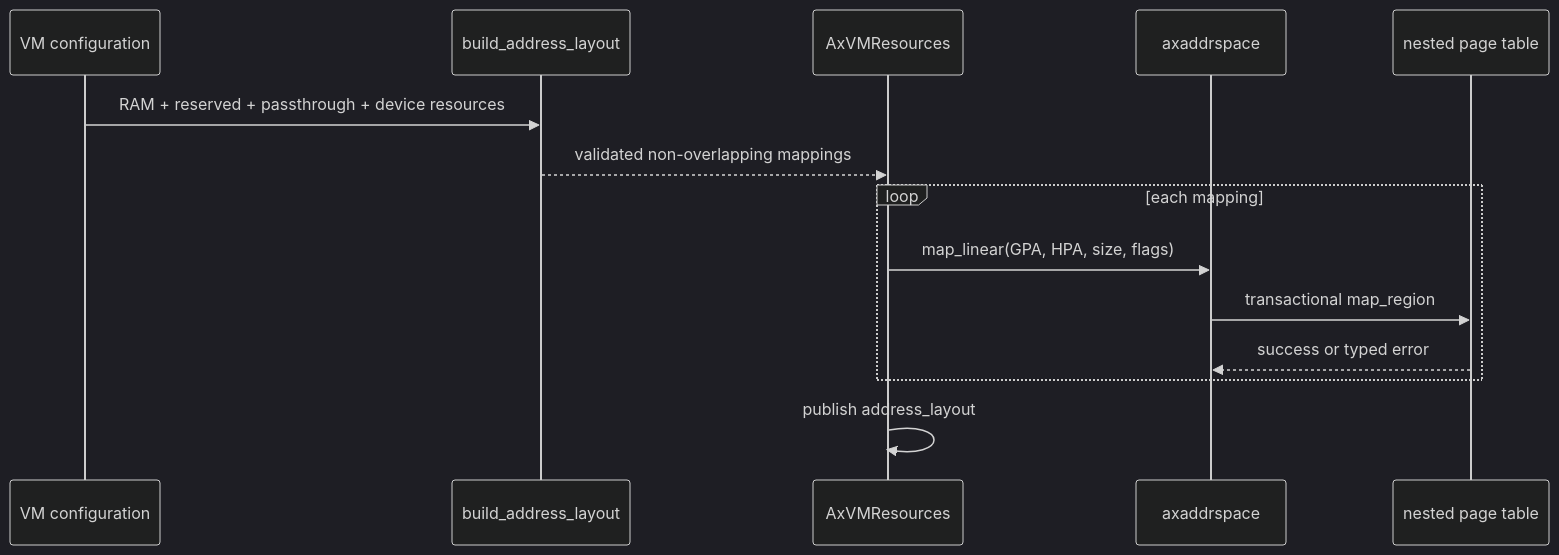
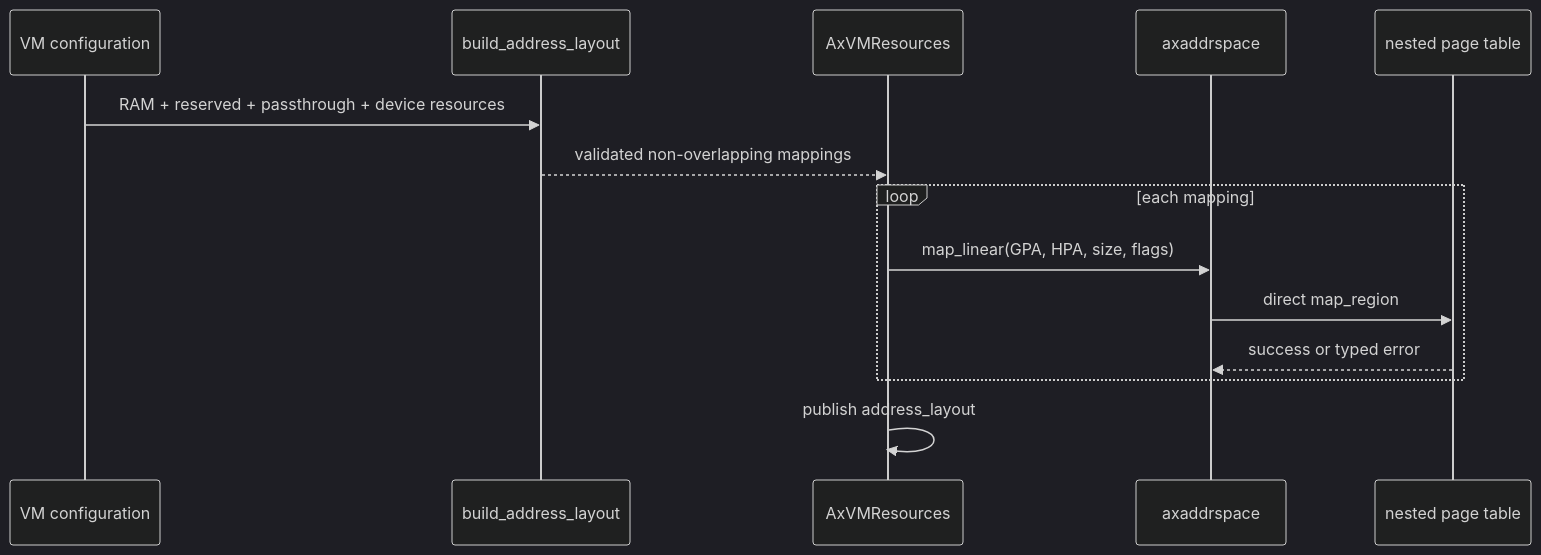
Before and after one commit to rcore-os/tgoskits: the third of 3 diagrams in docs/docs/architecture/memory/axaddrspace.md, drawn with Mermaid (dark theme). The commit also changed other lines of this file and 84 other files, not shown here.

````diff
--- a/docs/docs/architecture/memory/axaddrspace.md
+++ b/docs/docs/architecture/memory/axaddrspace.md
@@ -315,17 +292,17 @@
 ```mermaid
 sequenceDiagram
     participant Config as VM configuration
     participant Layout as build_address_layout
     participant VM as AxVMResources
     participant AS as axaddrspace
     participant NPT as nested page table
 
     Config->>Layout: RAM + reserved + passthrough + device resources
     Layout-->>VM: validated non-overlapping mappings
     loop each mapping
         VM->>AS: map_linear(GPA, HPA, size, flags)
-        AS->>NPT: transactional map_region
+        AS->>NPT: direct map_region
         NPT-->>AS: success or typed error
     end
     VM->>VM: publish address_layout
 ```
````
